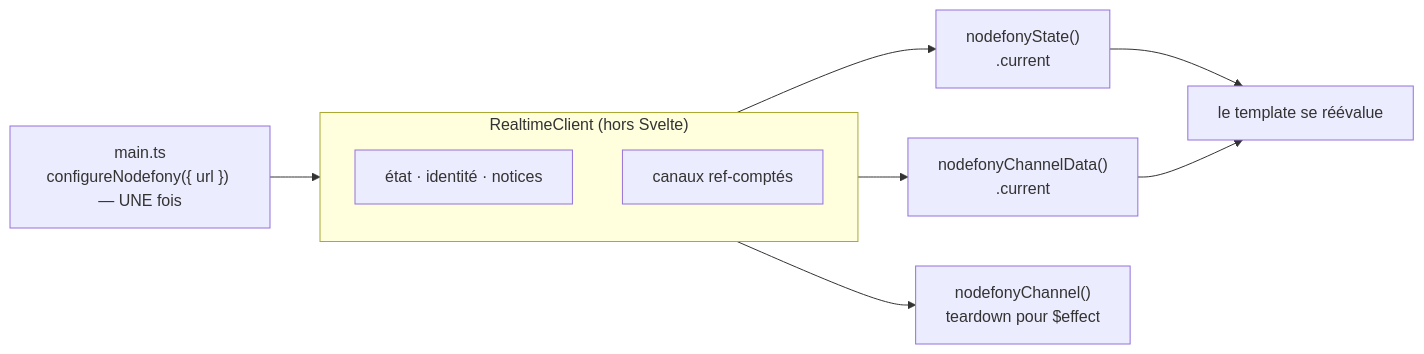
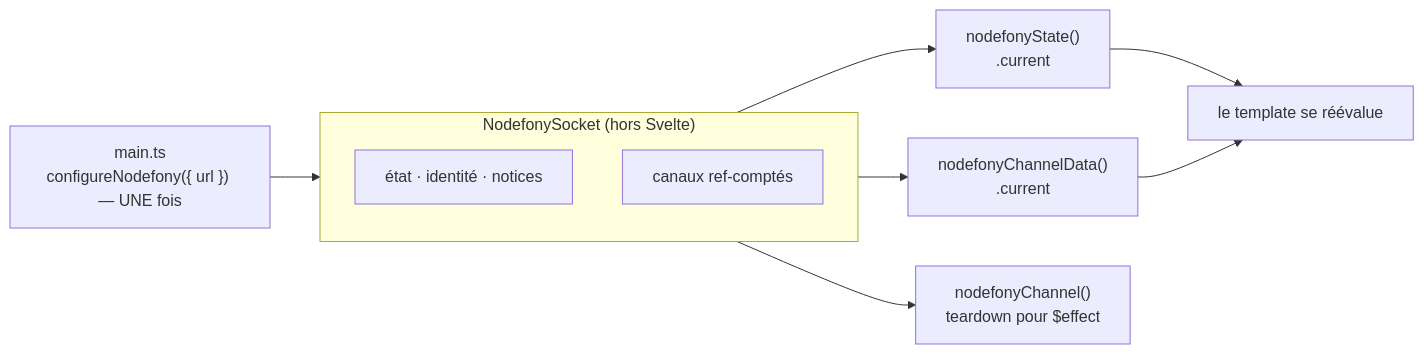
Before and after one commit to nodefony/nodefony-core: the diagram in src/nodefony/docs/svelte-reactivite.md, drawn with Mermaid. The commit also changed other lines of this file and 133 other files, not shown here.

````diff
--- a/src/nodefony/docs/svelte-reactivite.md
+++ b/src/nodefony/docs/svelte-reactivite.md
@@ -47,14 +47,14 @@
 ```mermaid
 flowchart LR
   APP["main.ts<br/>configureNodefony({ url }) — UNE fois"] --> CL
-  subgraph CL["RealtimeClient (hors Svelte)"]
+  subgraph CL["NodefonySocket (hors Svelte)"]
     direction TB
     S["état · identité · notices"]
     C["canaux ref-comptés"]
   end
   CL --> A["nodefonyState()<br/>.current"]
   CL --> B["nodefonyChannelData()<br/>.current"]
   CL --> D["nodefonyChannel()<br/>teardown pour $effect"]
   A --> V["le template se réévalue"]
   B --> V
 ```
````
